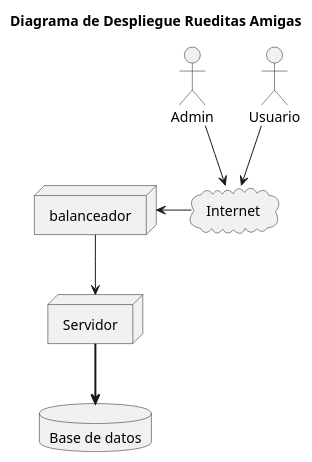
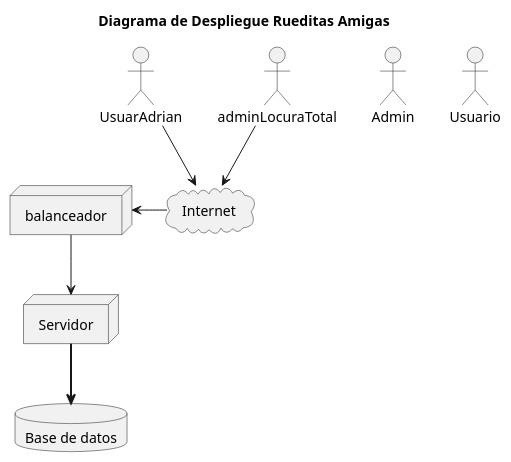
Before and after one commit to lrizzitano/RueditasAmigasDespliegue: the diagram in diagrams/DiagramaDeDespliegue.puml, drawn with PlantUML. The commit also changed 1 other file, not shown here.

```diff
--- a/diagrams/DiagramaDeDespliegue.puml
+++ b/diagrams/DiagramaDeDespliegue.puml
@@ -1,25 +1,25 @@
 @startuml
 'https://plantuml.com/deployment-diagram
 
 title Diagrama de Despliegue Rueditas Amigas
 
 actor "Admin"
 actor "Usuario"
 
 cloud "Internet"
 
 node "Servidor"
 node "balanceador"
 
 database "Base de datos"
 
-"Usuario" --> "Internet"
-"Admin" --> "Internet"
+"UsuarAdrian" --> "Internet"
+"adminLocuraTotal" --> "Internet"
 
 "Internet" -l-> "balanceador"
 
 "Servidor" -[bold]-> "Base de datos"
 
 "balanceador" --> "Servidor"
 
 @enduml
```
